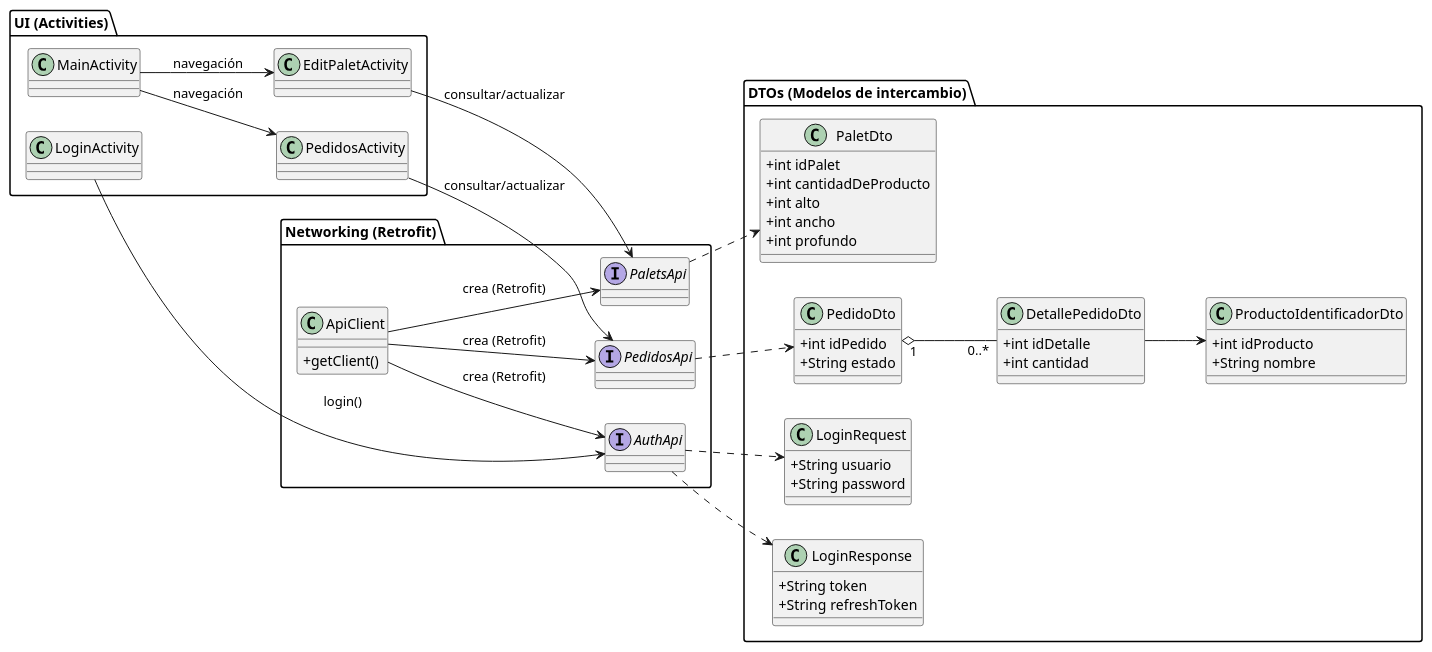
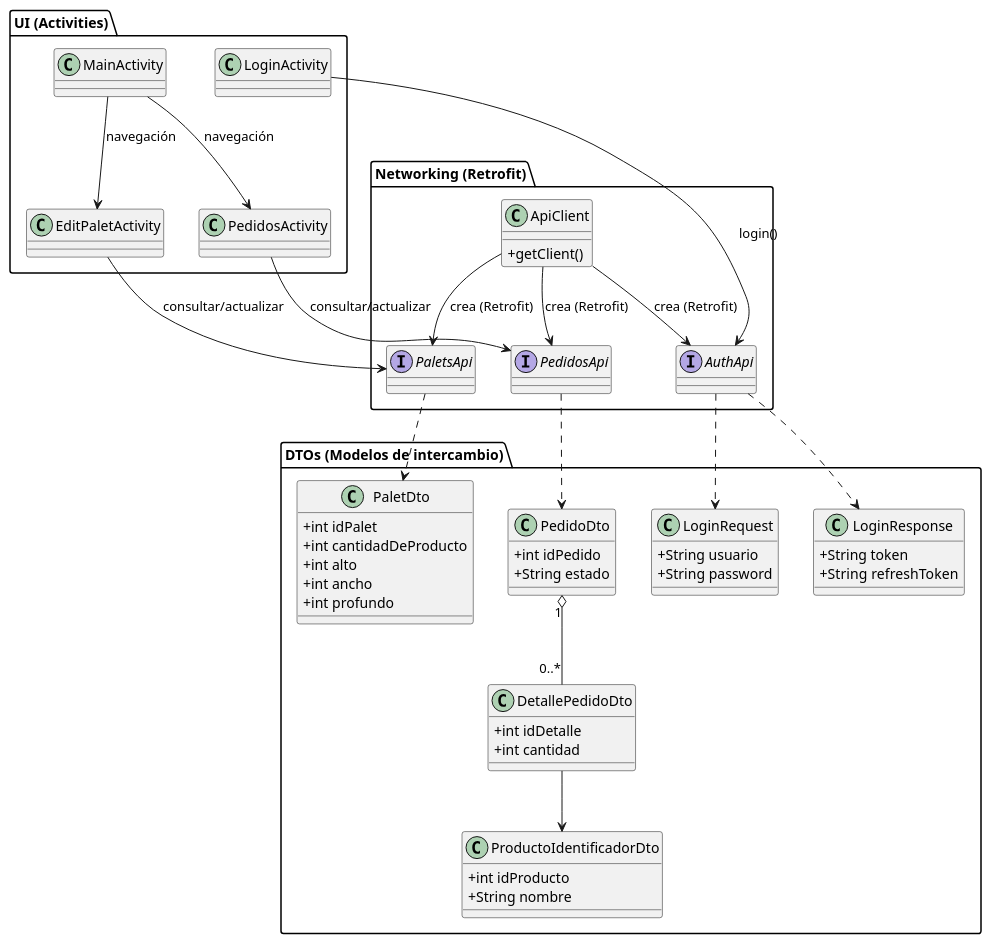
One commit to AmasterJT/TFG-EyA-Uvigo-Jose-Torre changed the diagram in Memoria-Documentacion-del-proyecto/Diagramas-UML/diagrama-clases-android.plantuml. Above: the diagram before and after it, drawn with PlantUML. The commit also changed 19 other files, not shown here.

```diff
--- a/Memoria-Documentacion-del-proyecto/Diagramas-UML/diagrama-clases-android.plantuml
+++ b/Memoria-Documentacion-del-proyecto/Diagramas-UML/diagrama-clases-android.plantuml
@@ -1,79 +1,79 @@
 @startuml
 
-left to right direction
+' left to right direction
 skinparam classAttributeIconSize 0
 skinparam shadowing false
 
 package "UI (Activities)" {
   class LoginActivity
   class MainActivity
   class PedidosActivity
   class EditPaletActivity
 }
 
 package "Networking (Retrofit)" {
   class ApiClient {
     +getClient()
   }
 
   interface AuthApi
   interface PedidosApi
   interface PaletsApi
 }
 
 package "DTOs (Modelos de intercambio)" {
   class LoginRequest {
     +String usuario
     +String password
   }
 
   class LoginResponse {
     +String token
     +String refreshToken
   }
 
   class PedidoDto {
     +int idPedido
     +String estado
   }
 
   class DetallePedidoDto {
     +int idDetalle
     +int cantidad
   }
 
   class ProductoIdentificadorDto {
     +int idProducto
     +String nombre
   }
 
   class PaletDto {
     +int idPalet
     +int cantidadDeProducto
     +int alto
     +int ancho
     +int profundo
   }
 }
 
 ' --- Relaciones principales ---
 LoginActivity --> AuthApi : login()
 AuthApi ..> LoginRequest
 AuthApi ..> LoginResponse
 
 PedidosActivity --> PedidosApi : consultar/actualizar
 PedidosApi ..> PedidoDto
 PedidoDto "1" o-- "0..*" DetallePedidoDto
 DetallePedidoDto --> ProductoIdentificadorDto
 
 EditPaletActivity --> PaletsApi : consultar/actualizar
 PaletsApi ..> PaletDto
 
 ApiClient --> AuthApi : crea (Retrofit)
 ApiClient --> PedidosApi : crea (Retrofit)
 ApiClient --> PaletsApi : crea (Retrofit)
 
 MainActivity --> PedidosActivity : navegación
 MainActivity --> EditPaletActivity : navegación
 
 @enduml
```
